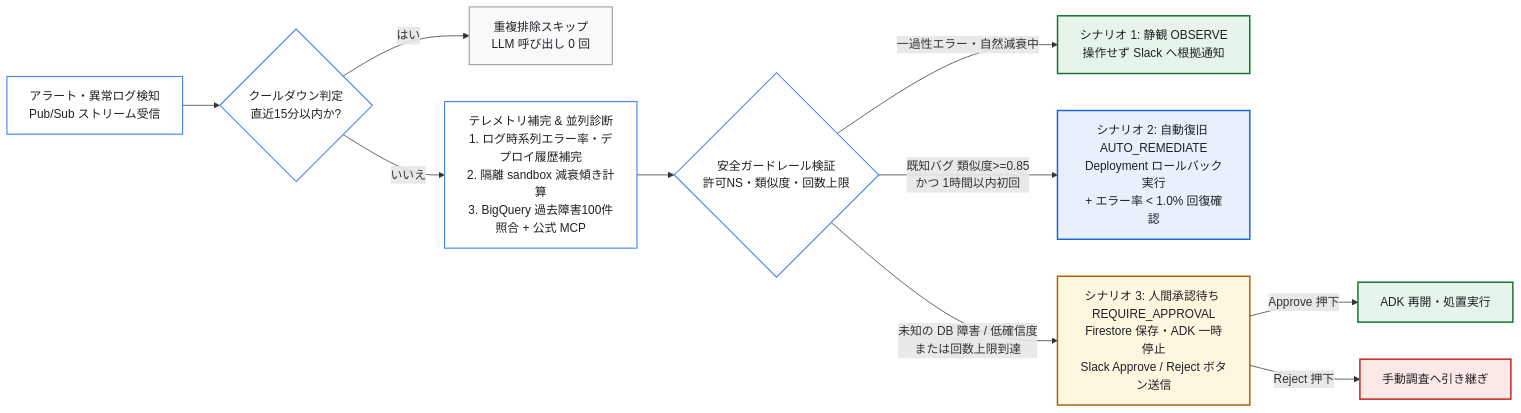
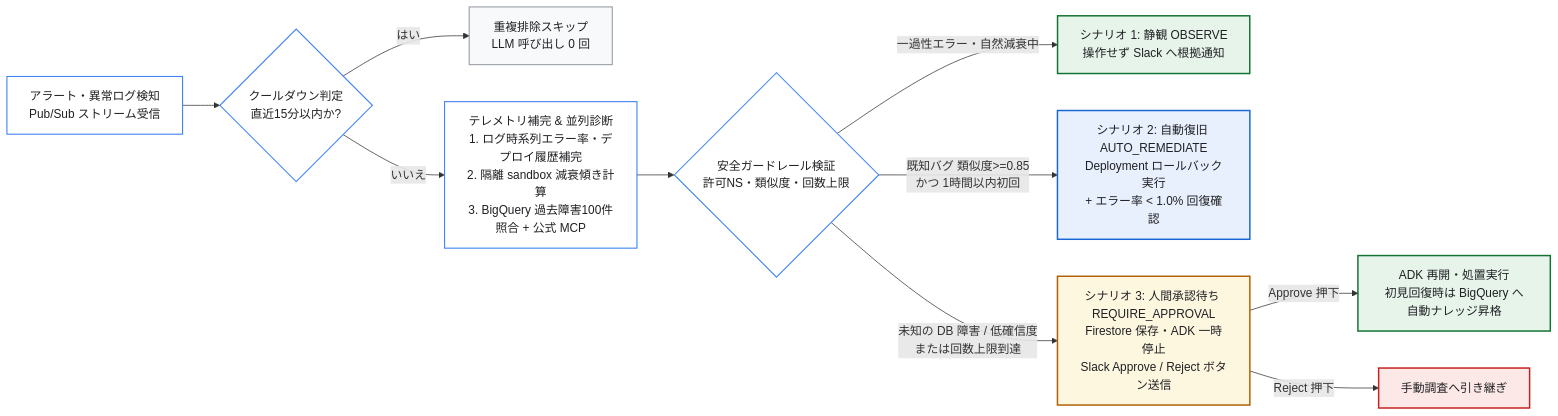
One commit to tyorikan/agentic-sre-handson changed the first of 2 diagrams in docs/00-overview-and-architecture.md. Above: the diagram before and after it, drawn with Mermaid. The commit also changed other lines of this file and 34 other files, not shown here.

Commit message:
feat: BigQuery AI.EMBED自律埋め込み知識ベース・解決ナレッジ自律昇格・訓練4を追加

````diff
--- a/docs/00-overview-and-architecture.md
+++ b/docs/00-overview-and-architecture.md
@@ -17,26 +17,26 @@
 ```mermaid
 flowchart LR
     Alert["アラート・異常ログ検知<br/>Pub/Sub ストリーム受信"] --> Dedup{"クールダウン判定<br/>直近15分以内か?"}
     Dedup -->|"はい"| Skip["重複排除スキップ<br/>LLM 呼び出し 0 回"]
     Dedup -->|"いいえ"| Parallel["テレメトリ補完 & 並列診断<br/>1. ログ時系列エラー率・デプロイ履歴補完<br/>2. 隔離 sandbox 減衰傾き計算<br/>3. BigQuery 過去障害100件照合 + 公式 MCP"]
     Parallel --> Guard{"安全ガードレール検証<br/>許可NS・類似度・回数上限"}
 
     Guard -->|"一過性エラー・自然減衰中"| S1["シナリオ 1: 静観 OBSERVE<br/>操作せず Slack へ根拠通知"]
     Guard -->|"既知バグ 類似度>=0.85<br/>かつ 1時間以内初回"| S2["シナリオ 2: 自動復旧 AUTO_REMEDIATE<br/>Deployment ロールバック実行<br/>+ エラー率 < 1.0% 回復確認"]
     Guard -->|"未知の DB 障害 / 低確信度<br/>または回数上限到達"| S3["シナリオ 3: 人間承認待ち REQUIRE_APPROVAL<br/>Firestore 保存・ADK 一時停止<br/>Slack Approve / Reject ボタン送信"]
-    S3 -->|"Approve 押下"| Resume["ADK 再開・処置実行"]
+    S3 -->|"Approve 押下"| Resume["ADK 再開・処置実行<br/>初見回復時は BigQuery へ自動ナレッジ昇格"]
     S3 -->|"Reject 押下"| Manual["手動調査へ引き継ぎ"]
 
     classDef base fill:#ffffff,stroke:#4285F4,stroke-width:1.5px,color:#202124;
     classDef mute fill:#f8f9fa,stroke:#9aa0a6,stroke-width:1.5px,color:#202124;
     classDef ok fill:#e6f4ea,stroke:#137333,stroke-width:2px,color:#202124;
     classDef auto fill:#e8f0fe,stroke:#1967d2,stroke-width:2px,color:#202124;
     classDef hitl fill:#fef7e0,stroke:#b06000,stroke-width:2px,color:#202124;
     classDef warn fill:#fce8e6,stroke:#c5221f,stroke-width:2px,color:#202124;
     class Alert,Dedup,Parallel,Guard base;
     class Skip mute;
     class S1,Resume ok;
     class S2 auto;
     class S3 hitl;
     class Manual warn;
 ```
````
